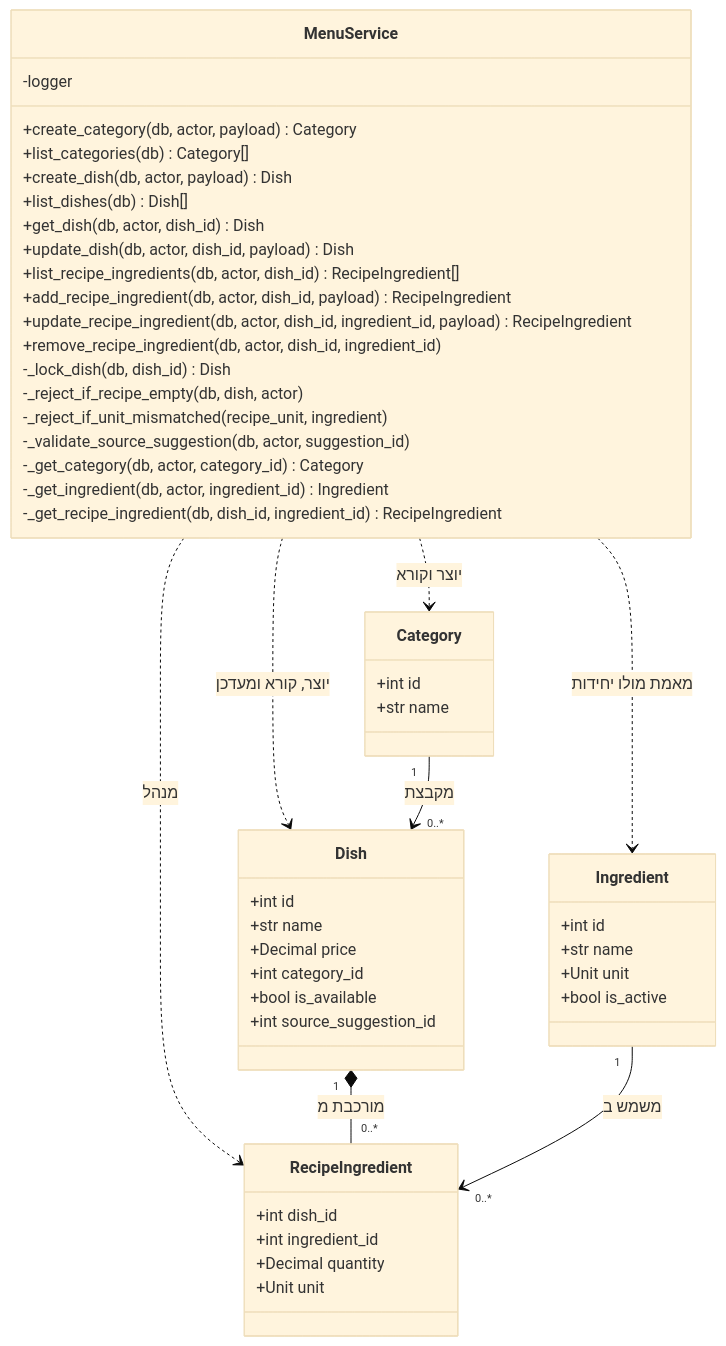
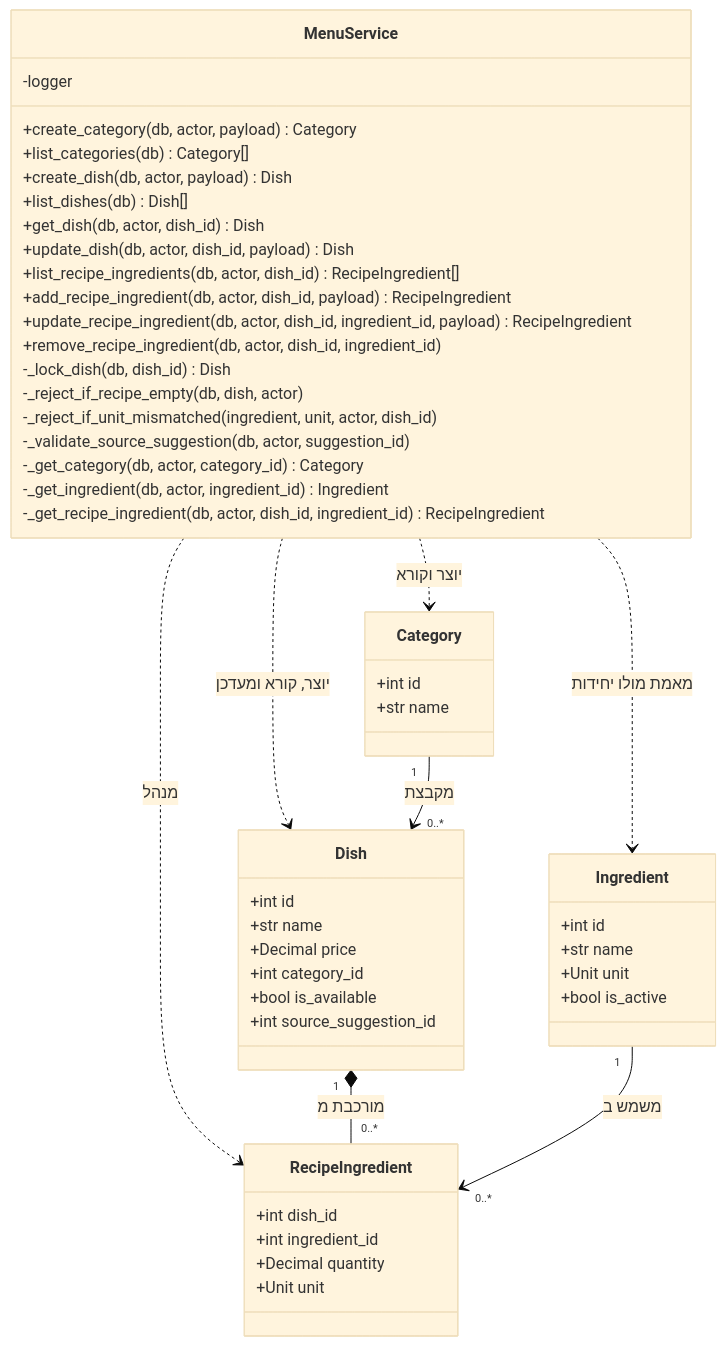
One commit to RonZaretsky/Restaurant-Kitchen-Management-System changed the diagram in מסמכים/הגשה/diagrams/class-menu.md. Above: the diagram before and after it, drawn with Mermaid (base theme). The commit also changed 12 other files, not shown here.

````diff
--- a/מסמכים/הגשה/diagrams/class-menu.md
+++ b/מסמכים/הגשה/diagrams/class-menu.md
@@ -3,61 +3,61 @@
 ```mermaid
 classDiagram
     direction TB
 
     class MenuService {
         -logger
         +create_category(db, actor, payload) Category
         +list_categories(db) Category[]
         +create_dish(db, actor, payload) Dish
         +list_dishes(db) Dish[]
         +get_dish(db, actor, dish_id) Dish
         +update_dish(db, actor, dish_id, payload) Dish
         +list_recipe_ingredients(db, actor, dish_id) RecipeIngredient[]
         +add_recipe_ingredient(db, actor, dish_id, payload) RecipeIngredient
         +update_recipe_ingredient(db, actor, dish_id, ingredient_id, payload) RecipeIngredient
         +remove_recipe_ingredient(db, actor, dish_id, ingredient_id)
         -_lock_dish(db, dish_id) Dish
         -_reject_if_recipe_empty(db, dish, actor)
-        -_reject_if_unit_mismatched(recipe_unit, ingredient)
+        -_reject_if_unit_mismatched(ingredient, unit, actor, dish_id)
         -_validate_source_suggestion(db, actor, suggestion_id)
         -_get_category(db, actor, category_id) Category
         -_get_ingredient(db, actor, ingredient_id) Ingredient
-        -_get_recipe_ingredient(db, dish_id, ingredient_id) RecipeIngredient
+        -_get_recipe_ingredient(db, actor, dish_id, ingredient_id) RecipeIngredient
     }
 
     class Category {
         +int id
         +str name
     }
 
     class Dish {
         +int id
         +str name
         +Decimal price
         +int category_id
         +bool is_available
         +int source_suggestion_id
     }
 
     class RecipeIngredient {
         +int dish_id
         +int ingredient_id
         +Decimal quantity
         +Unit unit
     }
 
     class Ingredient {
         +int id
         +str name
         +Unit unit
         +bool is_active
     }
 
     MenuService ..> Category : יוצר וקורא
     MenuService ..> Dish : יוצר, קורא ומעדכן
     MenuService ..> RecipeIngredient : מנהל
     MenuService ..> Ingredient : מאמת מולו יחידות
     Category "1" --> "0..*" Dish : מקבצת
     Dish "1" *-- "0..*" RecipeIngredient : מורכבת מ
     Ingredient "1" --> "0..*" RecipeIngredient : משמש ב
 ```
````
